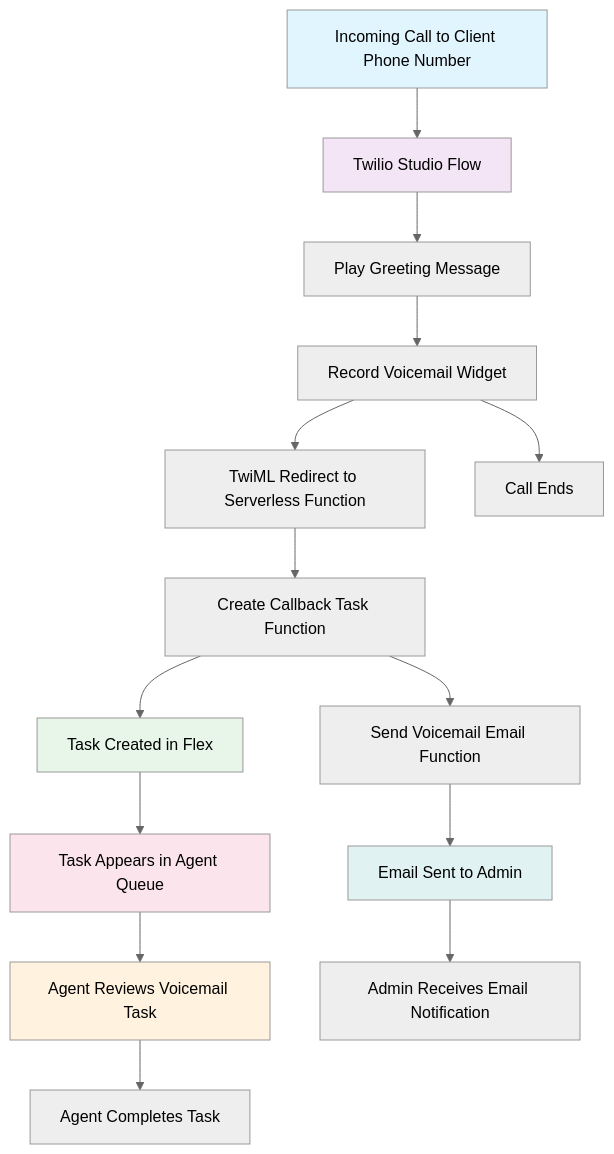
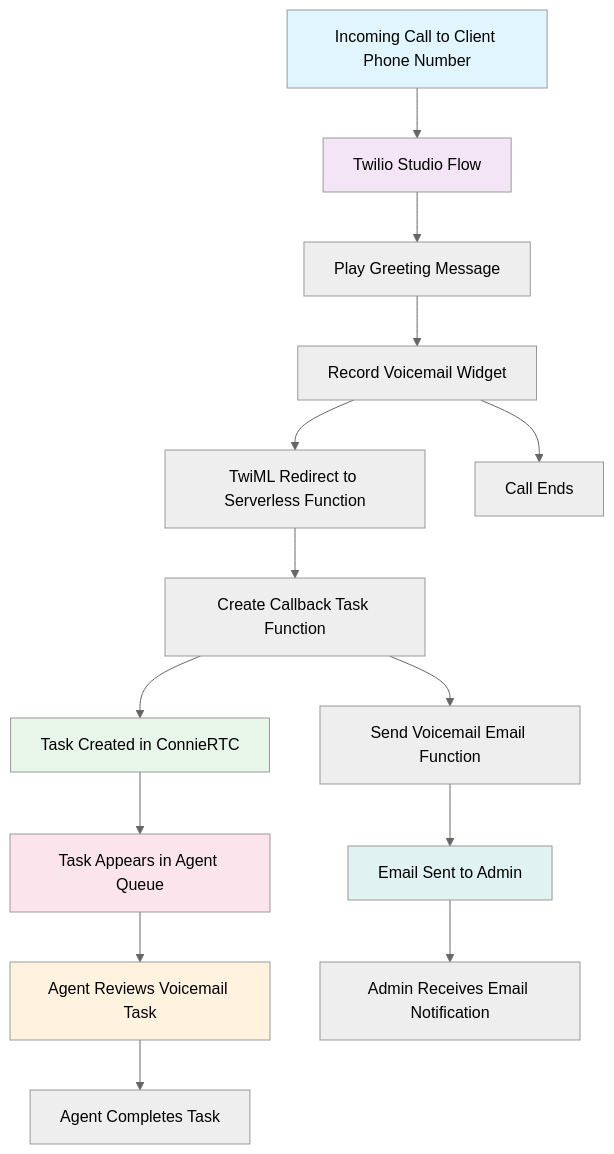
The first of 2 diagrams in docs/developers/building/feature-management/channels/voice/voice-direct-architecture.md (ConnieML/docs.connie), drawn with Mermaid (neutral theme) before and after one commit. The commit also changed other lines of this file and 120 other files, not shown here.

Commit message:
Replace Twilio with Connie and Flex with ConnieRTC throughout documentation

````diff
--- a/docs/developers/building/feature-management/channels/voice/voice-direct-architecture.md
+++ b/docs/developers/building/feature-management/channels/voice/voice-direct-architecture.md
@@ -24,23 +24,23 @@
 ```mermaid
 flowchart TB
     A[Incoming Call to Client Phone Number] --> B[Twilio Studio Flow]
     B --> C[Play Greeting Message]
     C --> D[Record Voicemail Widget]
     D --> E[TwiML Redirect to Serverless Function]
     E --> F[Create Callback Task Function]
-    F --> G[Task Created in Flex]
+    F --> G[Task Created in ConnieRTC]
     F --> H[Send Voicemail Email Function]
     G --> I[Task Appears in Agent Queue]
     H --> J[Email Sent to Admin]
     I --> K[Agent Reviews Voicemail Task]
     J --> L[Admin Receives Email Notification]
     K --> M[Agent Completes Task]
     D --> N[Call Ends]
     
     style A fill:#e1f5fe
     style B fill:#f3e5f5
     style G fill:#e8f5e9
     style I fill:#fce4ec
     style K fill:#fff3e0
     style J fill:#e0f2f1
 ```
````
